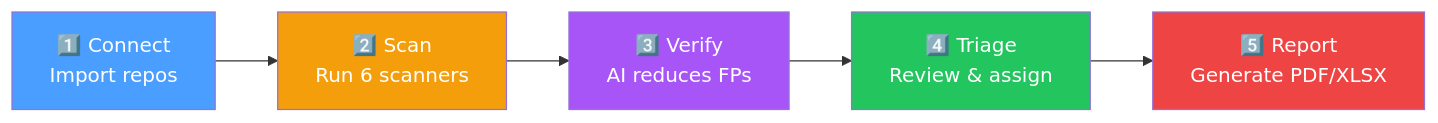
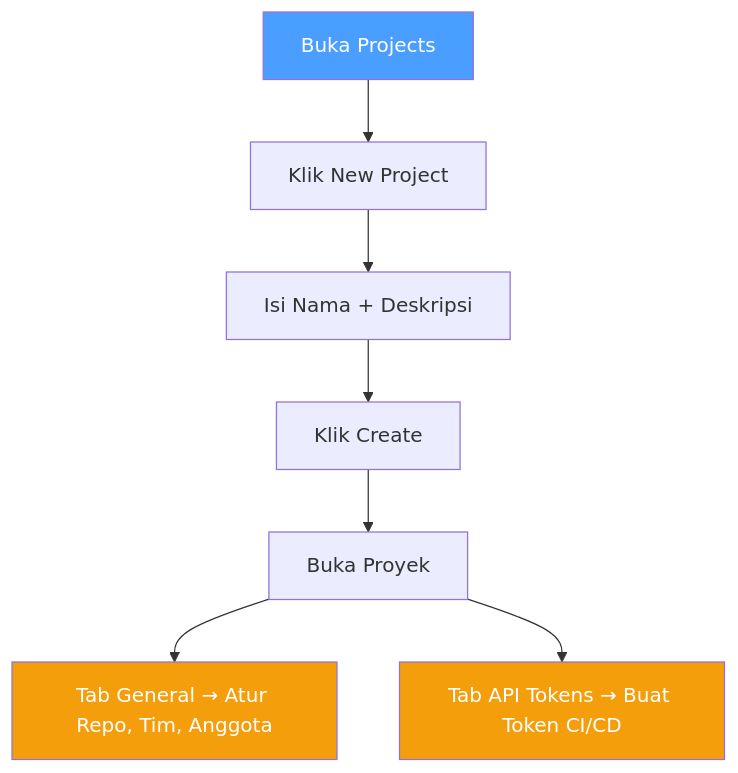
The sixth of 9 diagrams in docs/site/content/welcome.md (raihanachmad8/sast-integration), drawn with Mermaid before and after one commit. The commit also changed other lines of this file and 52 other files, not shown here.

````diff
--- a/docs/site/content/welcome.md
+++ b/docs/site/content/welcome.md
@@ -88,13 +224,13 @@
 ```mermaid
-flowchart LR
-    A["1️⃣ Connect<br/>Import repos"] --> B["2️⃣ Scan<br/>Run 6 scanners"]
-    B --> C["3️⃣ Verify<br/>AI reduces FPs"]
-    C --> D["4️⃣ Triage<br/>Review & assign"]
-    D --> E["5️⃣ Report<br/>Generate PDF/XLSX"]
+flowchart TD
+    A["Buka Projects"] --> B["Klik New Project"]
+    B --> C["Isi Nama + Deskripsi"]
+    C --> D["Klik Create"]
+    D --> E["Buka Proyek"]
+    E --> F["Tab General → Atur Repo, Tim, Anggota"]
+    E --> G["Tab API Tokens → Buat Token CI/CD"]
 
     style A fill:#4a9eff,color:#fff
-    style B fill:#f59e0b,color:#fff
-    style C fill:#a855f7,color:#fff
-    style D fill:#22c55e,color:#fff
-    style E fill:#ef4444,color:#fff
+    style F fill:#f59e0b,color:#fff
+    style G fill:#f59e0b,color:#fff
 ```
````
